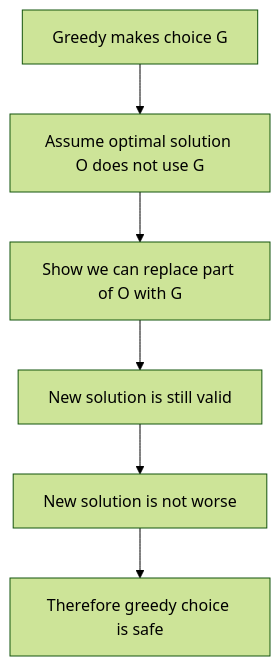
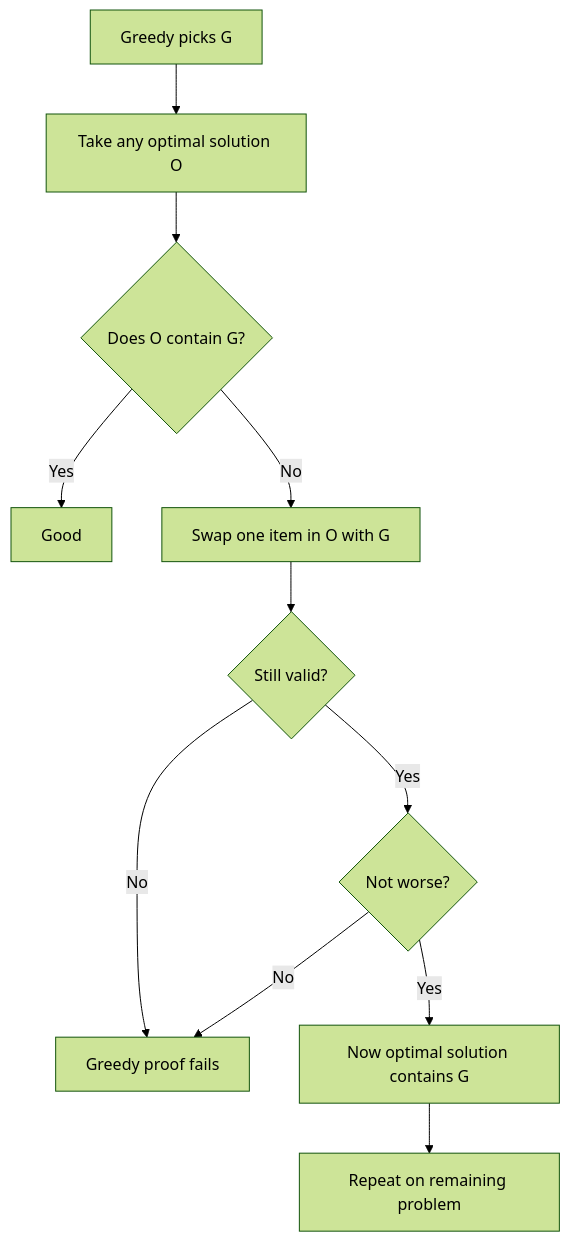
One commit to mthaiseer/springcloud-systemdesign-notes changed diagram 17 of 23 in CP_DSA_NOTES/TOPIC_WISE/greedy_patterns_visual_reference.md. Above: the diagram before and after it, drawn with Mermaid (forest theme). The commit also changed other lines of this file, not shown here.

````diff
--- a/CP_DSA_NOTES/TOPIC_WISE/greedy_patterns_visual_reference.md
+++ b/CP_DSA_NOTES/TOPIC_WISE/greedy_patterns_visual_reference.md
@@ -750,8 +916,13 @@
 ```mermaid
 flowchart TD
-    A[Greedy makes choice G] --> B[Assume optimal solution O does not use G]
-    B --> C[Show we can replace part of O with G]
-    C --> D[New solution is still valid]
-    D --> E[New solution is not worse]
-    E --> F[Therefore greedy choice is safe]
+    A[Greedy picks G] --> B[Take any optimal solution O]
+    B --> C{Does O contain G?}
+    C -->|Yes| D[Good]
+    C -->|No| E[Swap one item in O with G]
+    E --> F{Still valid?}
+    F -->|No| X[Greedy proof fails]
+    F -->|Yes| G{Not worse?}
+    G -->|Yes| H[Now optimal solution contains G]
+    G -->|No| X
+    H --> I[Repeat on remaining problem]
 ```
````
